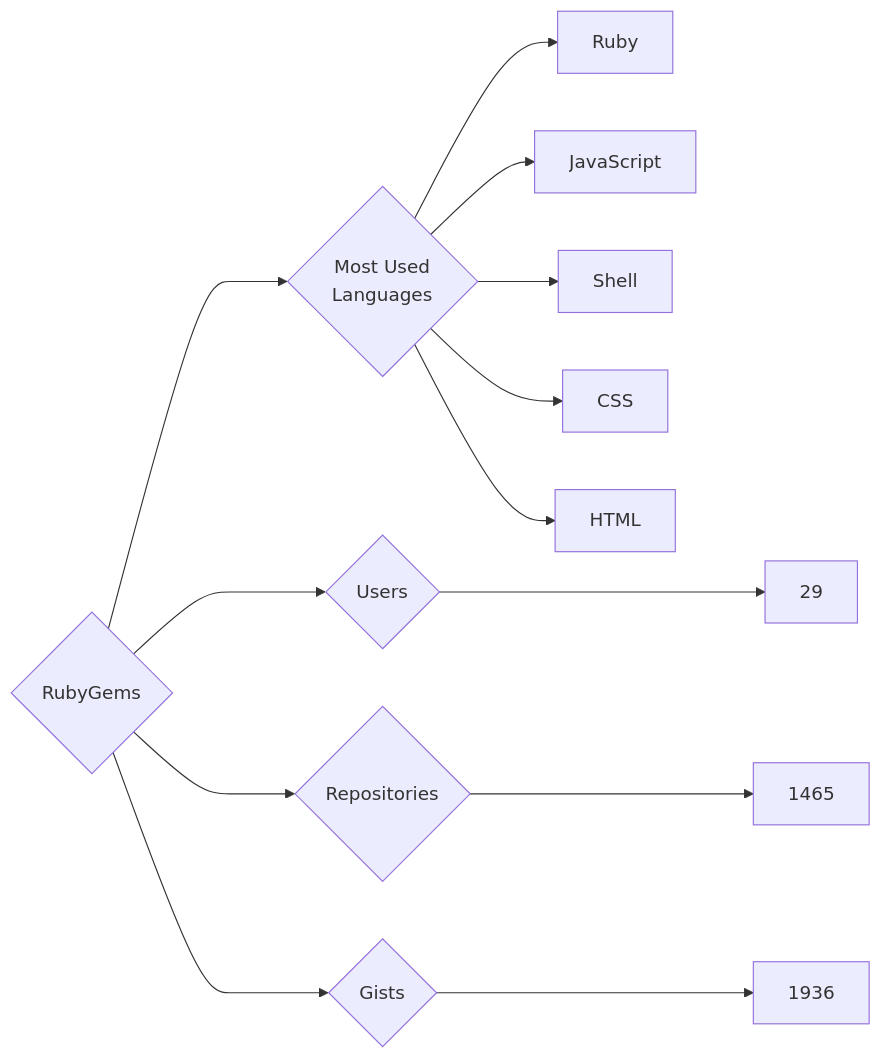
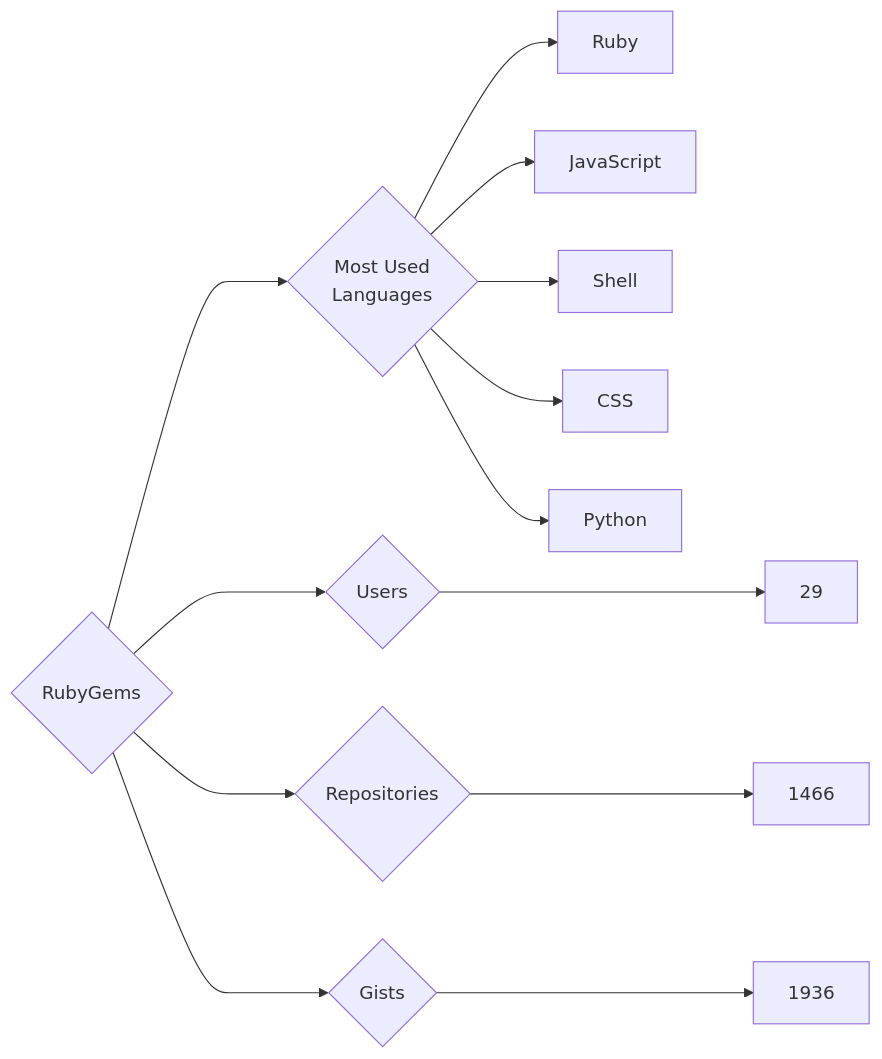
Before and after one commit to trickest/insiders: the diagram in targets/RubyGems/README.md, drawn with Mermaid. The commit also changed 796 other files, not shown here.

````diff
--- a/targets/RubyGems/README.md
+++ b/targets/RubyGems/README.md
@@ -3,13 +3,13 @@
 ```mermaid
 graph LR
 COMPANY_NAME{RubyGems}
 COMPANY_NAME ---> U{Users} ---> UN[29]
-COMPANY_NAME ---> R{Repositories} ---> RN[1465]
+COMPANY_NAME ---> R{Repositories} ---> RN[1466]
 COMPANY_NAME ---> G{Gists} ---> GN[1936]
 COMPANY_NAME ---> ML{Most Used<br>Languages}
 ML --> Ruby[Ruby]
 ML --> JavaScript[JavaScript]
 ML --> Shell[Shell]
 ML --> CSS[CSS]
-ML --> HTML[HTML]
+ML --> Python[Python]
 ```
````
